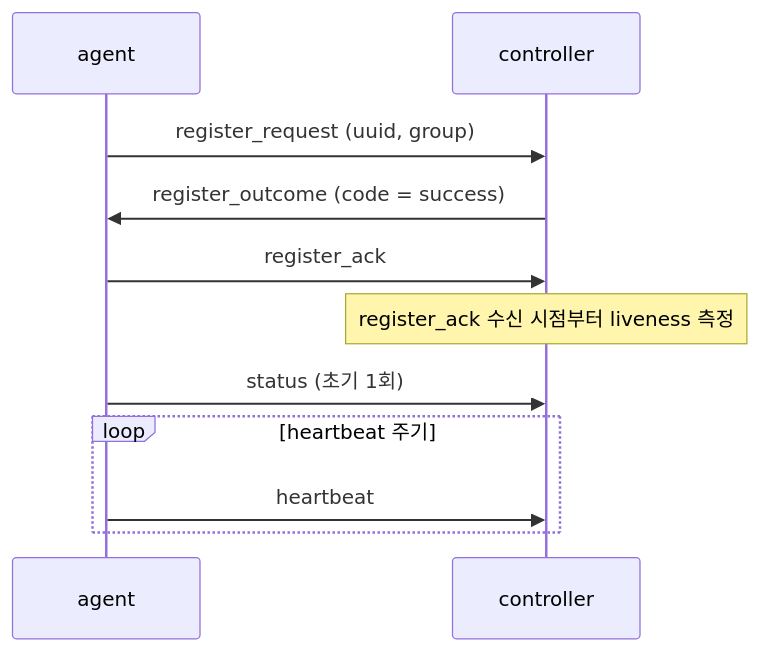
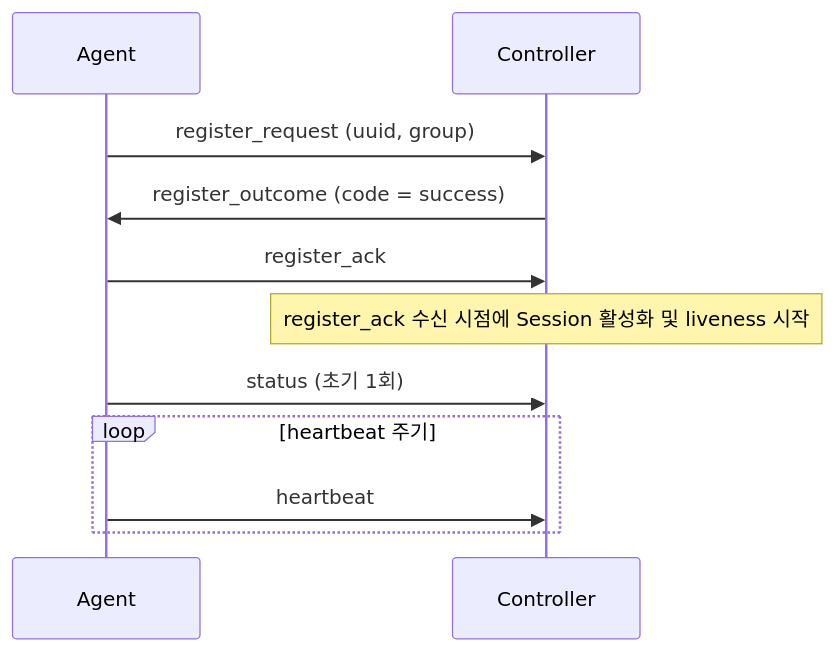
The diagram in docs/PROTOCOL.md (dnlfis42/ddcs), drawn with Mermaid before and after one commit. The commit also changed other lines of this file and 4 other files, not shown here.

````diff
--- a/docs/PROTOCOL.md
+++ b/docs/PROTOCOL.md
@@ -139,13 +158,15 @@
 ```mermaid
 sequenceDiagram
-    participant A as agent
-    participant C as controller
-    A->>C: register_request (uuid, group)
-    C->>A: register_outcome (code = success)
-    A->>C: register_ack
-    Note over C: register_ack 수신 시점부터 liveness 측정
-    A->>C: status (초기 1회)
-    loop heartbeat 주기
-        A->>C: heartbeat
-    end
+  participant A as Agent
+  participant C as Controller
+
+  A->>C: register_request (uuid, group)
+  C->>A: register_outcome (code = success)
+  A->>C: register_ack
+  Note over C: register_ack 수신 시점에 Session 활성화 및 liveness 시작
+
+  A->>C: status (초기 1회)
+  loop heartbeat 주기
+    A->>C: heartbeat
+  end
 ```
````
